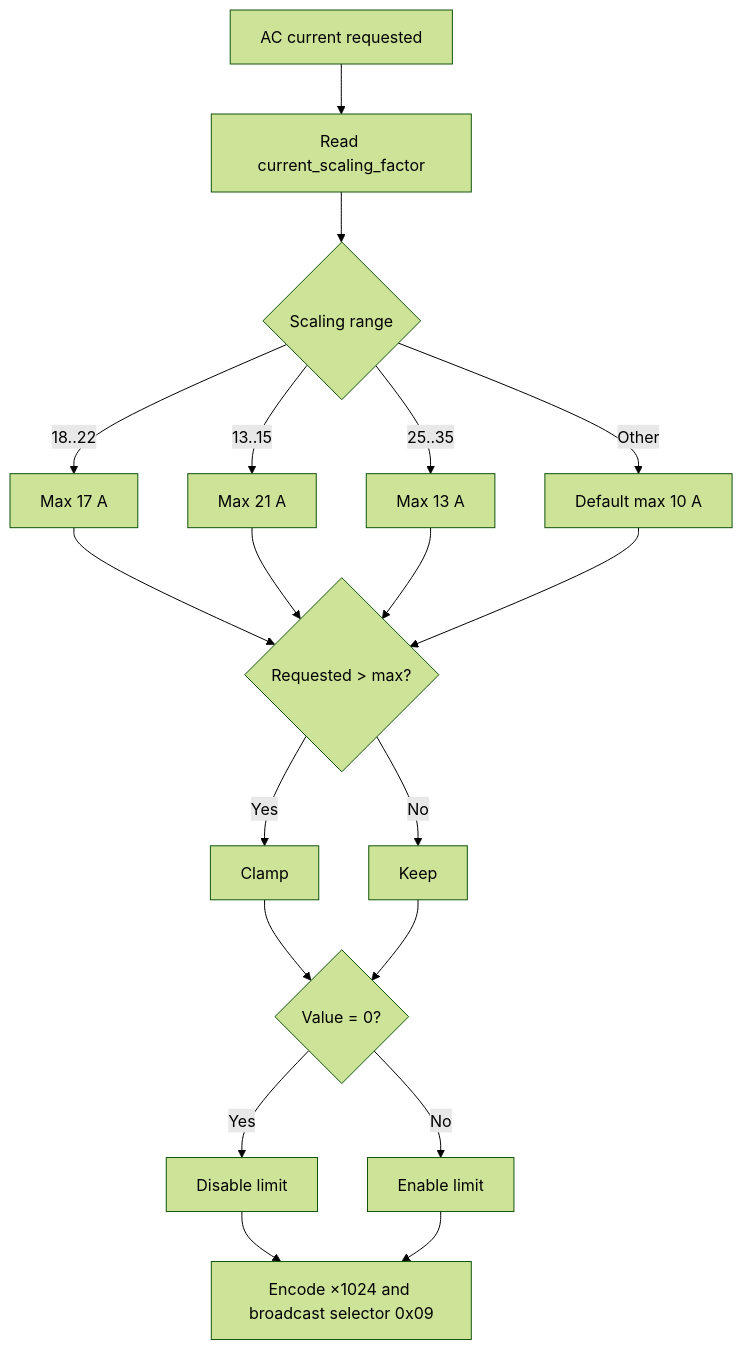
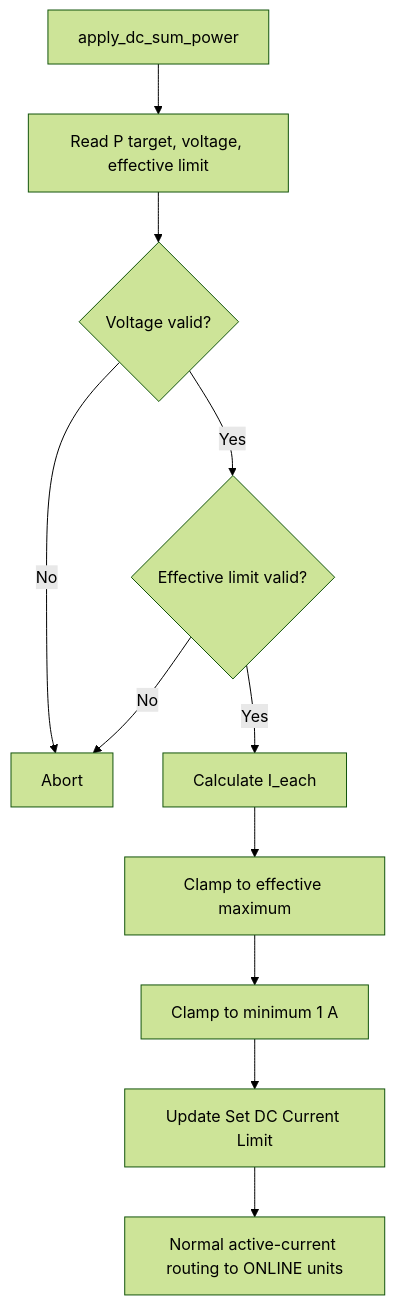
One commit to anwa/esphome-r4875g1-3phase-charger changed diagram 17 of 26 in R4875G1_CONTROL_FLOWS.md. Above: the diagram before and after it, drawn with Mermaid (forest theme). The commit also changed other lines of this file and 1 other file, not shown here.

````diff
--- a/R4875G1_CONTROL_FLOWS.md
+++ b/R4875G1_CONTROL_FLOWS.md
@@ -265,23 +550,13 @@
 ```mermaid
 flowchart TD
-    A[AC current requested] --> B[Read current_scaling_factor]
-    B --> C{Scaling range}
-    C -- 18..22 --> D[Max 17 A]
-    C -- 13..15 --> E[Max 21 A]
-    C -- 25..35 --> F[Max 13 A]
-    C -- Other --> G[Default max 10 A]
-
-    D --> H{Requested > max?}
-    E --> H
-    F --> H
-    G --> H
-
-    H -- Yes --> I[Clamp]
-    H -- No --> J[Keep]
-    I --> K{Value = 0?}
-    J --> K
-    K -- Yes --> L[Disable limit]
-    K -- No --> M[Enable limit]
-    L --> N[Encode ×1024 and broadcast selector 0x09]
-    M --> N
+    A[apply_dc_sum_power] --> B[Read P target, voltage, effective limit]
+    B --> C{Voltage valid?}
+    C -- No --> X[Abort]
+    C -- Yes --> D{Effective limit valid?}
+    D -- No --> X
+    D -- Yes --> E[Calculate I_each]
+    E --> F[Clamp to effective maximum]
+    F --> G[Clamp to minimum 1 A]
+    G --> H[Update Set DC Current Limit]
+    H --> I[Normal active-current routing to ONLINE units]
 ```
````
